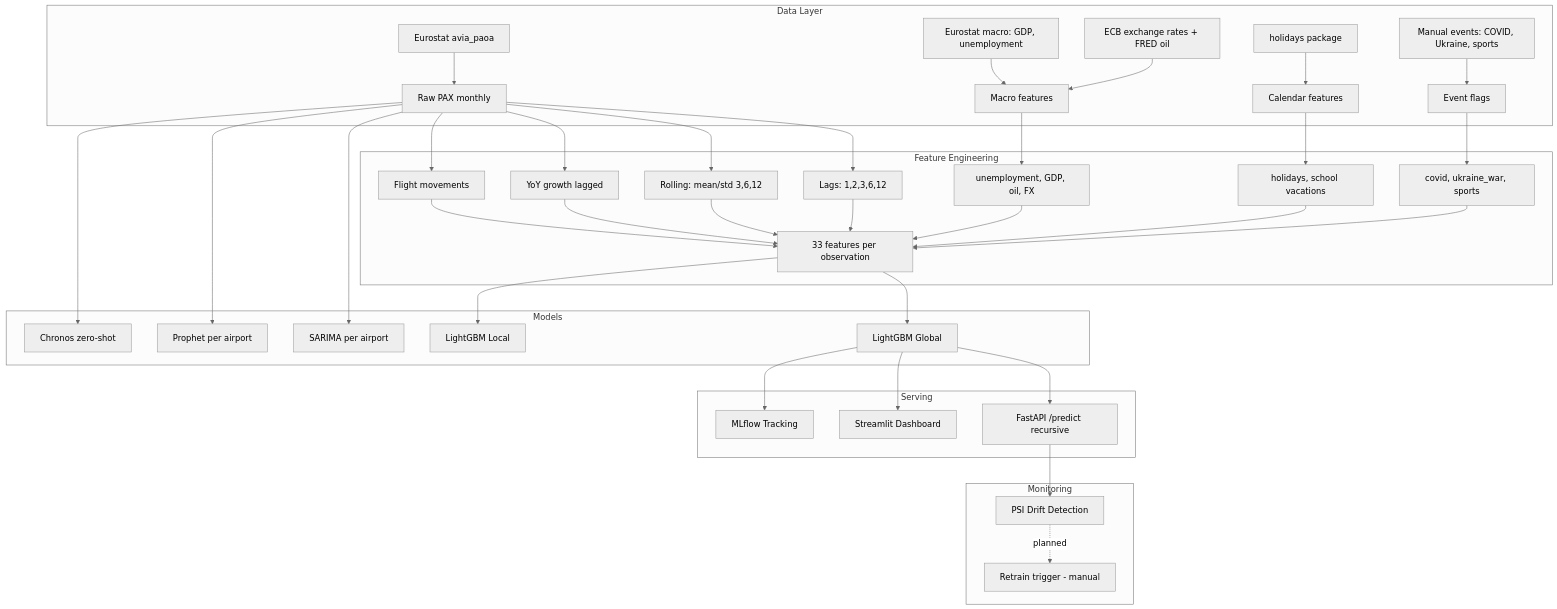
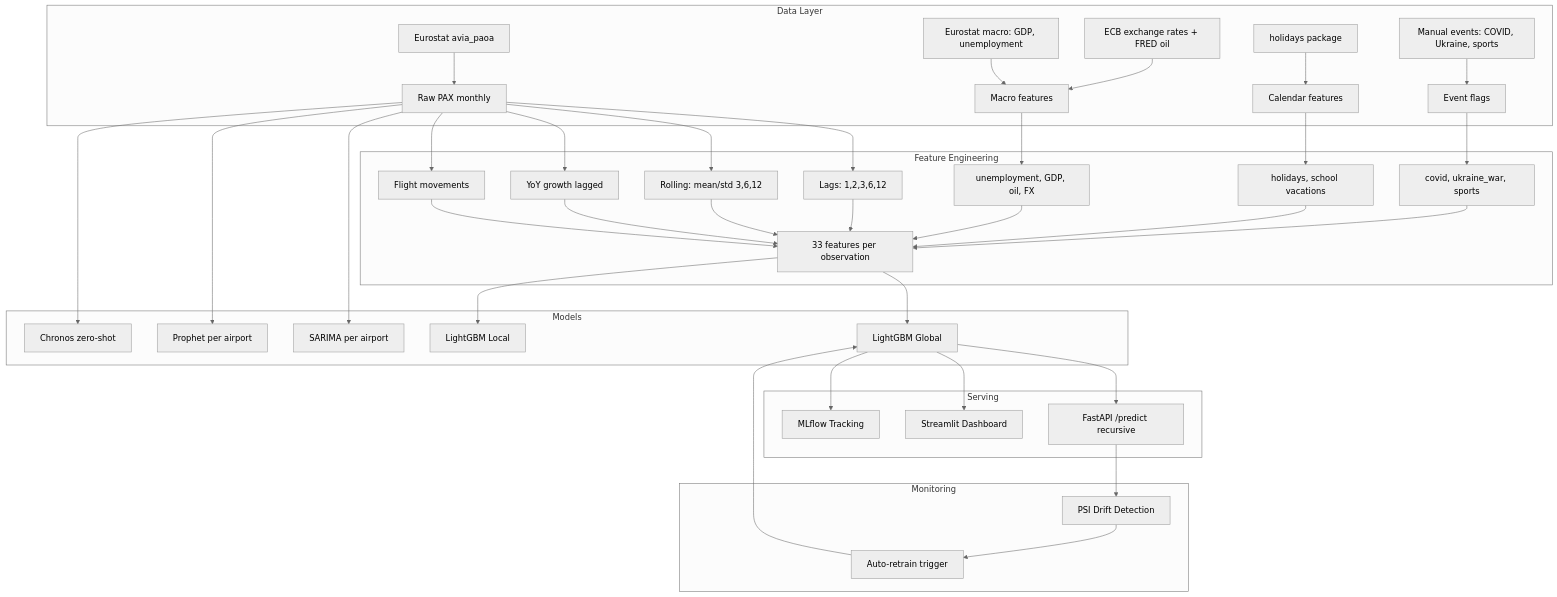
One commit to Airohh/airport-forecasting changed the diagram in README.md. Above: the diagram before and after it, drawn with Mermaid (neutral theme). The commit also changed other lines of this file and 6 other files, not shown here.

First line of the commit message:
feat: wire PSI drift detection to auto-retrain trigger

````diff
--- a/README.md
+++ b/README.md
@@ -7,40 +7,41 @@
 ```mermaid
 graph TD
     subgraph Data Layer
         A[Eurostat avia_paoa] --> D[Raw PAX monthly]
         B[Eurostat macro: GDP, unemployment] --> E[Macro features]
         C[ECB exchange rates + FRED oil] --> E
         F[holidays package] --> G[Calendar features]
         H[Manual events: COVID, Ukraine, sports] --> I[Event flags]
     end
 
     subgraph Feature Engineering
         D --> J[Lags: 1,2,3,6,12]
         D --> K[Rolling: mean/std 3,6,12]
         D --> L[YoY growth lagged]
         E --> M[unemployment, GDP, oil, FX]
         G --> N[holidays, school vacations]
         I --> O[covid, ukraine_war, sports]
         D --> Q2[Flight movements]
         J & K & L & M & N & O & Q2 --> P[33 features per observation]
     end
 
     subgraph Models
         P --> Q[LightGBM Global]
         P --> R[LightGBM Local]
         D --> S[SARIMA per airport]
         D --> T[Prophet per airport]
         D --> U[Chronos zero-shot]
     end
 
     subgraph Serving
         Q --> V[FastAPI /predict recursive]
         Q --> W[Streamlit Dashboard]
         Q --> X[MLflow Tracking]
     end
 
     subgraph Monitoring
         V --> Y[PSI Drift Detection]
-        Y -.planned.-> Z[Retrain trigger - manual]
+        Y --> Z[Auto-retrain trigger]
+        Z --> Q
     end
 ```
````
